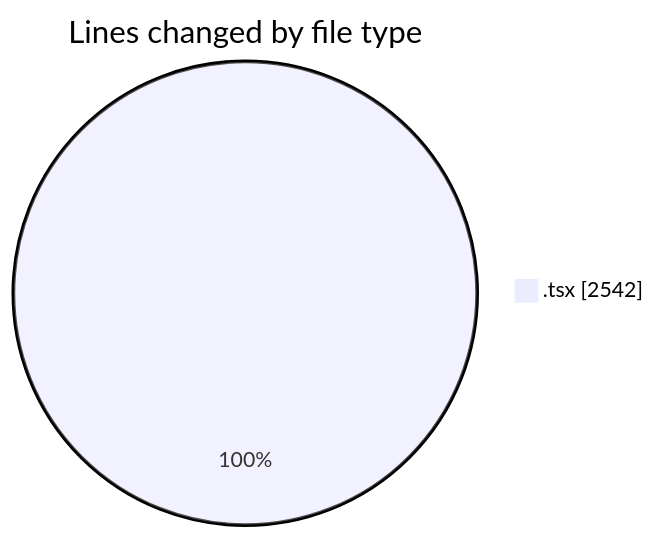
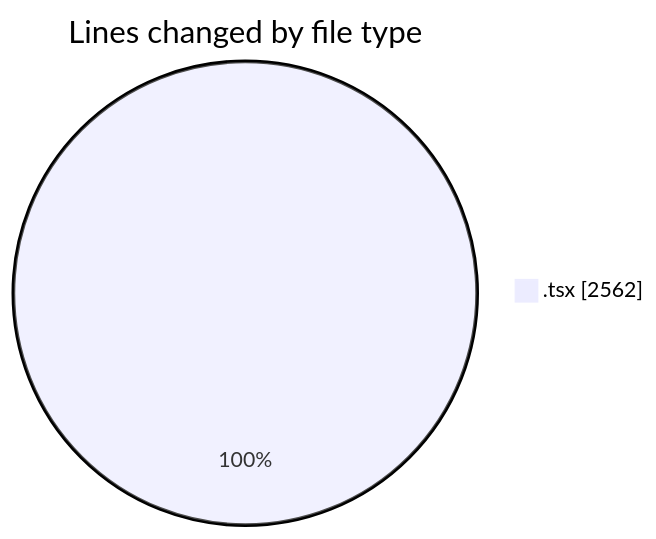
Before and after one commit to momahboobian/code-tracking: the first of 2 diagrams in 2025-06-13/cda/README.md, drawn with Mermaid. The commit also changed other lines of this file and 1 other file, not shown here.

````diff
--- a/2025-06-13/cda/README.md
+++ b/2025-06-13/cda/README.md
@@ -26,5 +26,5 @@
 ```mermaid
 pie showData
 title Lines changed by file type
-".tsx" : 2542
+".tsx" : 2562
 ```
````
